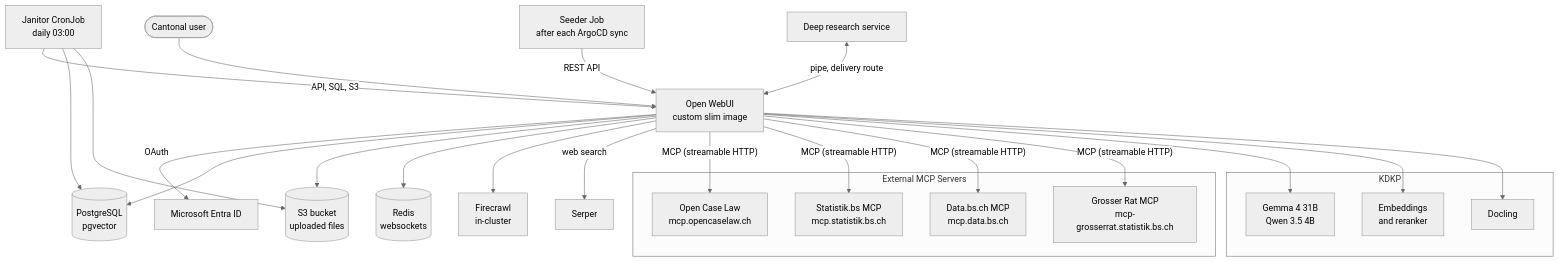
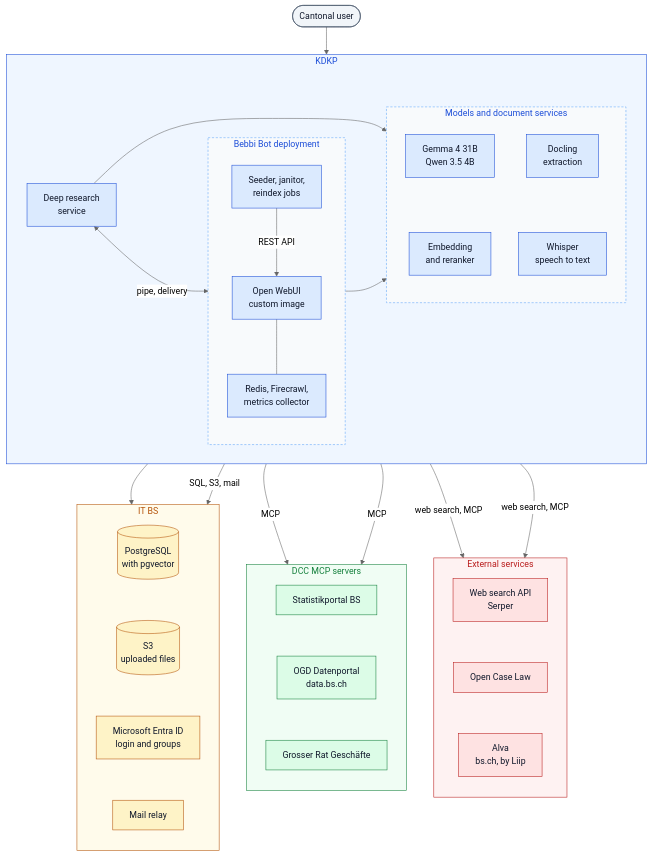
One commit to DCC-BS/documentation changed the diagram in markdown/apps/bebbi-bot/index.md. Above: the diagram before and after it, drawn with Mermaid (neutral theme). The commit also changed other lines of this file and 15 other files, not shown here.

First line of the commit message:
Bebbi Bot and evaluation docs: new kdkp-open-web-ui layout, ownership colors in the architecture diagram (#155)

````diff
--- a/markdown/apps/bebbi-bot/index.md
+++ b/markdown/apps/bebbi-bot/index.md
@@ -49,37 +55,81 @@
 ```mermaid
 graph TB
-    User([Cantonal user]) --> OWUI[Open WebUI<br/>custom slim image]
-    OWUI -- OAuth --> AAD[Microsoft Entra ID]
-    OWUI --> PG[(PostgreSQL<br/>pgvector)]
-    OWUI --> S3[(S3 bucket<br/>uploaded files)]
-    OWUI --> Redis[(Redis<br/>websockets)]
-    OWUI --> FC[Firecrawl<br/>in-cluster]
-    OWUI -- web search --> Serper[Serper]
-
-    subgraph ExternalMCP["External MCP Servers"]
-        OCL[Open Case Law<br/>mcp.opencaselaw.ch]
-        STAT[Statistik.bs MCP<br/>mcp.statistik.bs.ch]
-        DATA[Data.bs.ch MCP<br/>mcp.data.bs.ch]
-        GR[Grosser Rat MCP<br/>mcp-grosserrat.statistik.bs.ch]
-    end
-    OWUI -- MCP (streamable HTTP) --> OCL
-    OWUI -- MCP (streamable HTTP) --> STAT
-    OWUI -- MCP (streamable HTTP) --> DATA
-    OWUI -- MCP (streamable HTTP) --> GR
+    User([Cantonal user]) --> OWUI
 
     subgraph KDKP["KDKP"]
-        LLM[Gemma 4 31B<br/>Qwen 3.5 4B]
-        EMB[Embeddings<br/>and reranker]
-        DOC[Docling]
+        direction LR
+        subgraph APP["Bebbi Bot deployment"]
+            direction TB
+            OWUI[Open WebUI<br/>custom image]
+            Jobs[Seeder, janitor,<br/>reindex jobs]
+            Side[Redis, Firecrawl,<br/>metrics collector]
+        end
+        DR[Deep research<br/>service]
+        subgraph MODELS["Models and document services"]
+            direction TB
+            LLM[Gemma 4 31B<br/>Qwen 3.5 4B]
+            EMB[Embedding<br/>and reranker]
+            DOC[Docling<br/>extraction]
+            STT[Whisper<br/>speech to text]
+        end
     end
-    OWUI --> LLM
-    OWUI --> EMB
-    OWUI --> DOC
 
-    Seeder[Seeder Job<br/>after each ArgoCD sync] -- REST API --> OWUI
-    Janitor[Janitor CronJob<br/>daily 03:00] -- API, SQL, S3 --> OWUI
-    Janitor --> PG
-    Janitor --> S3
+    subgraph ITBS["IT BS"]
+        direction TB
+        PG[(PostgreSQL<br/>with pgvector)]
+        S3[(S3<br/>uploaded files)]
+        AAD[Microsoft Entra ID<br/>login and groups]
+        SMTP[Mail relay]
+    end
 
-    DR[Deep research service] <-- pipe, delivery route --> OWUI
+    subgraph DCC["DCC MCP servers"]
+        direction TB
+        STAT[Statistikportal BS]
+        DATA[OGD Datenportal<br/>data.bs.ch]
+        GR[Grosser Rat Geschäfte]
+    end
+
+    subgraph EXT["External services"]
+        direction TB
+        SERP[Web search API<br/>Serper]
+        OCL[Open Case Law]
+        ALVA[Alva<br/>bs.ch, by Liip]
+    end
+
+    PG ~~~ S3 ~~~ AAD ~~~ SMTP
+    STAT ~~~ DATA ~~~ GR
+    SERP ~~~ OCL ~~~ ALVA
+    LLM ~~~ EMB
+    DOC ~~~ STT
+
+    Jobs -- REST API --> OWUI
+    OWUI --- Side
+    OWUI --> MODELS
+    DR <-- pipe, delivery --> OWUI
+    DR --> MODELS
+    OWUI --> ITBS
+    Jobs -- SQL, S3, mail --> ITBS
+    OWUI -- MCP --> DCC
+    DR -- MCP --> DCC
+    OWUI -- web search, MCP --> EXT
+    DR -- web search, MCP --> EXT
+
+    classDef kdkp fill:#dbeafe,stroke:#1d4ed8,color:#0f172a
+    classDef itbs fill:#fef3c7,stroke:#b45309,color:#0f172a
+    classDef dcc fill:#dcfce7,stroke:#15803d,color:#0f172a
+    classDef ext fill:#fee2e2,stroke:#b91c1c,color:#0f172a
+    classDef user fill:#f1f5f9,stroke:#475569,color:#0f172a
+
+    class OWUI,Jobs,Side,DR,LLM,EMB,DOC,STT kdkp
+    class PG,S3,AAD,SMTP itbs
+    class STAT,DATA,GR dcc
+    class SERP,OCL,ALVA ext
+    class User user
+
+    style KDKP fill:#eff6ff,stroke:#1d4ed8,color:#1d4ed8
+    style APP fill:#f8fafc,stroke:#60a5fa,stroke-dasharray:4 3,color:#1d4ed8
+    style MODELS fill:#f8fafc,stroke:#60a5fa,stroke-dasharray:4 3,color:#1d4ed8
+    style ITBS fill:#fffbeb,stroke:#b45309,color:#b45309
+    style DCC fill:#f0fdf4,stroke:#15803d,color:#15803d
+    style EXT fill:#fef2f2,stroke:#b91c1c,color:#b91c1c
 ```
````
